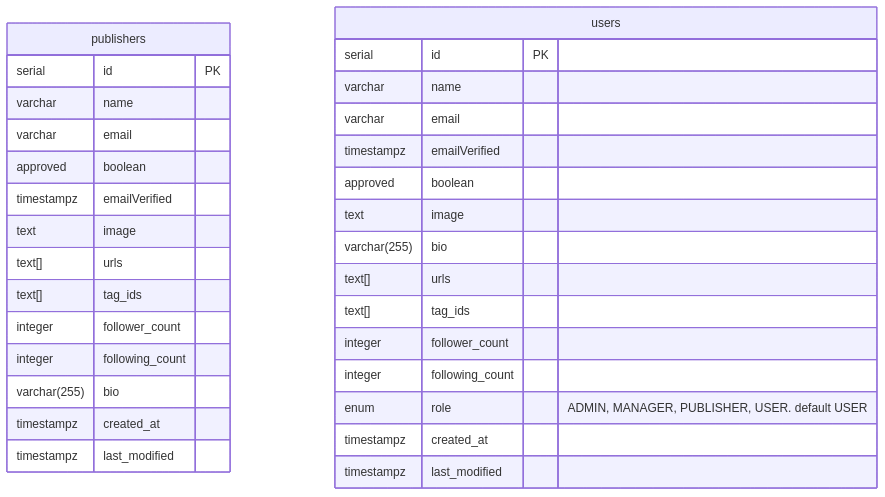
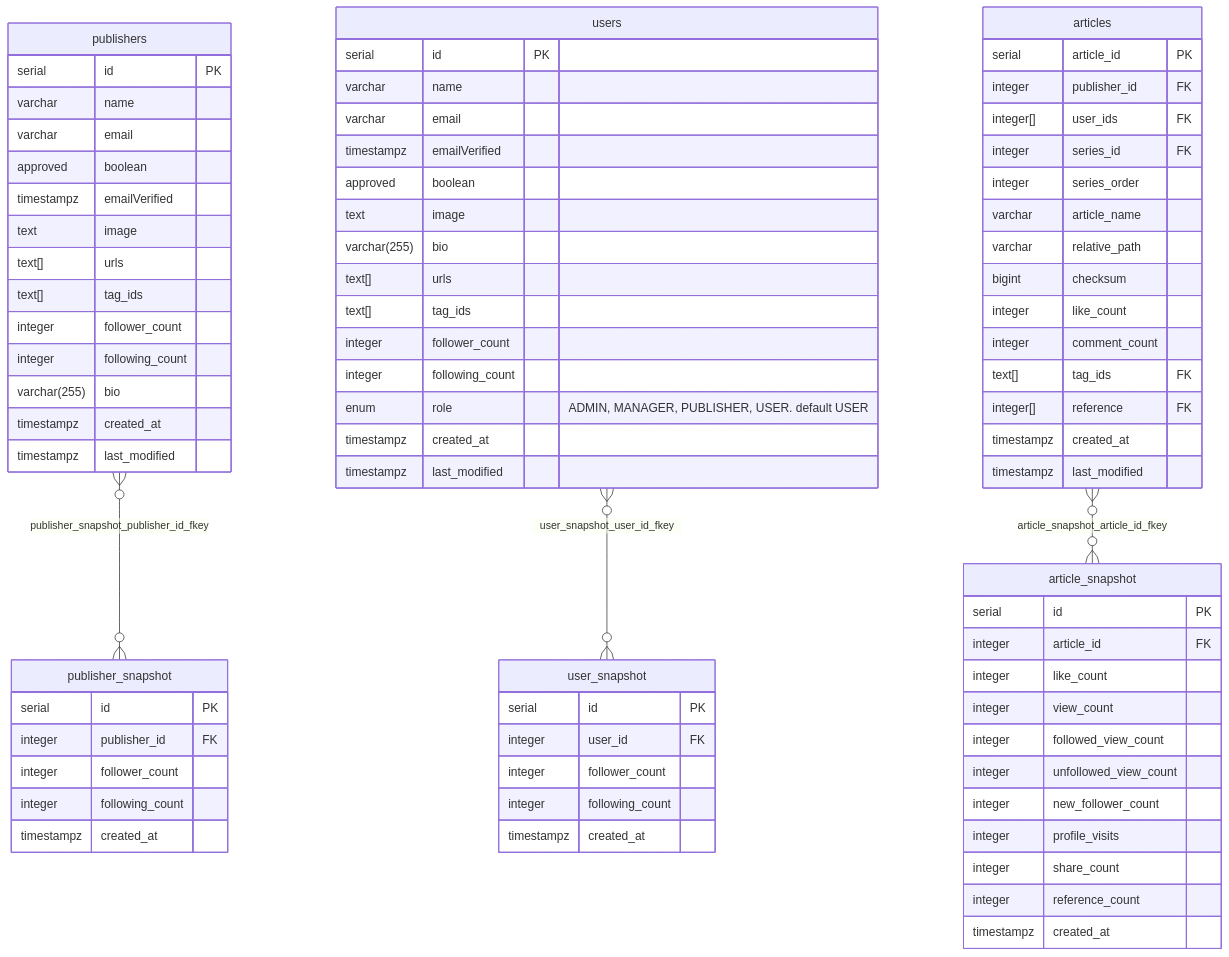
The eighth of 9 diagrams in Capstone/Diagrams.md (4ry1337/my-obsidian), drawn with Mermaid before and after one commit. The commit also changed 1 other file, not shown here.

Commit message:
vault backup: 2024-01-19 09:52:08

````diff
--- a/Capstone/Diagrams.md
+++ b/Capstone/Diagrams.md
@@ -649,5 +621,55 @@
 	timestampz created_at
 	timestampz last_modified
 }
-
+articles {
+	serial article_id PK
+	
+	integer publisher_id FK
+	integer[] user_ids FK
+	
+	integer series_id FK
+	integer series_order
+	
+	varchar article_name
+	varchar relative_path
+	bigint checksum
+	
+	integer like_count
+	integer comment_count
+	text[] tag_ids FK
+	integer[] reference FK
+	
+	timestampz created_at
+	timestampz last_modified
+}
+user_snapshot {
+	serial id PK
+	integer user_id FK
+	integer follower_count
+	integer following_count
+	timestampz created_at
+}
+article_snapshot {
+	serial id PK
+	integer article_id FK
+	integer like_count
+	integer view_count
+	integer followed_view_count
+	integer unfollowed_view_count
+	integer new_follower_count
+	integer profile_visits
+	integer share_count
+	integer reference_count
+	timestampz created_at
+}
+publisher_snapshot {
+	serial id PK
+	integer publisher_id FK
+	integer follower_count
+	integer following_count
+	timestampz created_at
+}
+users }o--o{ user_snapshot : user_snapshot_user_id_fkey
+publishers }o--o{ publisher_snapshot : publisher_snapshot_publisher_id_fkey
+articles }o--o{ article_snapshot: article_snapshot_article_id_fkey
 ```
````
